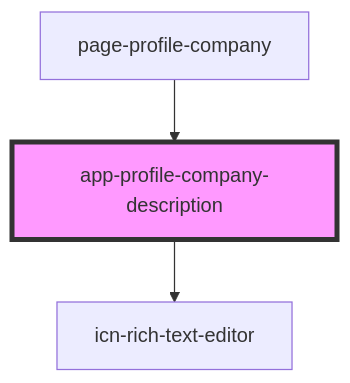
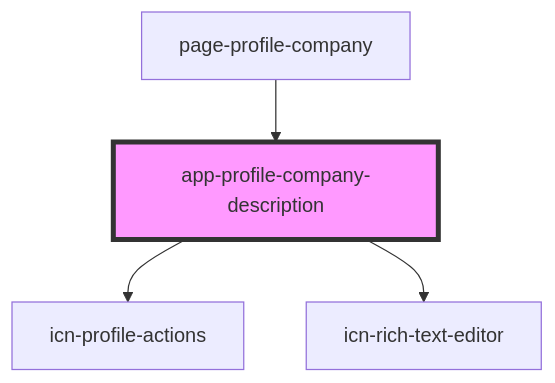
Before and after one commit to lokheed/IconEventNetwork.Web: the diagram in iconeventnetwork-web/src/components/app-profile-company-description/readme.md, drawn with Mermaid. The commit also changed other lines of this file and 37 other files, not shown here.

Commit message:
refactor profile edit/delete actions

````diff
--- a/iconeventnetwork-web/src/components/app-profile-company-description/readme.md
+++ b/iconeventnetwork-web/src/components/app-profile-company-description/readme.md
@@ -27,6 +28,7 @@
 ```mermaid
 graph TD;
+  app-profile-company-description --> icn-profile-actions
   app-profile-company-description --> icn-rich-text-editor
   page-profile-company --> app-profile-company-description
   style app-profile-company-description fill:#f9f,stroke:#333,stroke-width:4px
 ```
````
